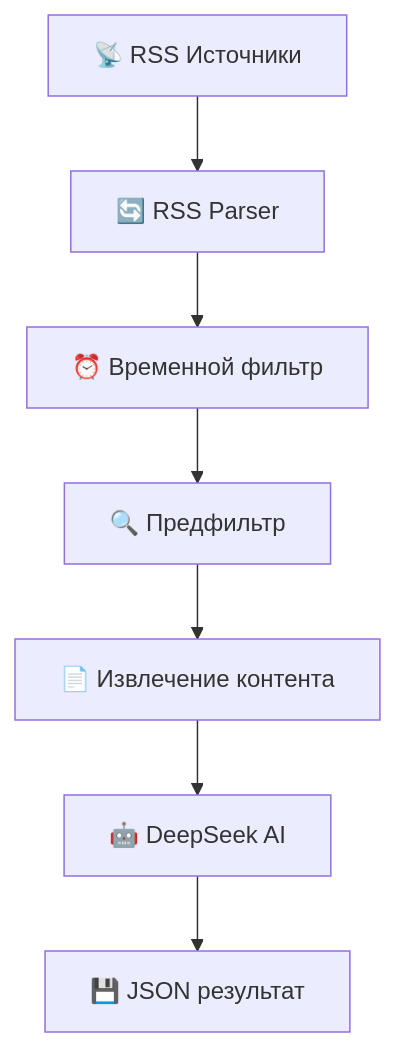
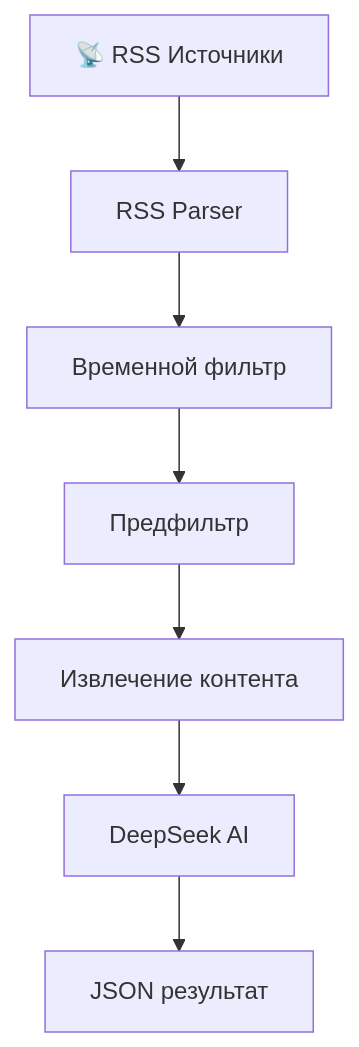
The diagram in README.md (XQwart/Precious-Metals-News-Analyzer), drawn with Mermaid before and after one commit. The commit also changed other lines of this file and 2 other files, not shown here.

````diff
--- a/README.md
+++ b/README.md
@@ -20,9 +20,9 @@
 ```mermaid
 graph TD
-    A[📡 RSS Источники] --> B[🔄 RSS Parser]
-    B --> C[⏰ Временной фильтр]
-    C --> D[🔍 Предфильтр]
-    D --> E[📄 Извлечение контента]
-    E --> F[🤖 DeepSeek AI]
-    F --> G[💾 JSON результат]
+    A[📡 RSS Источники] --> B[ RSS Parser]
+    B --> C[ Временной фильтр]
+    C --> D[ Предфильтр]
+    D --> E[ Извлечение контента]
+    E --> F[ DeepSeek AI]
+    F --> G[ JSON результат]
 ```
````
